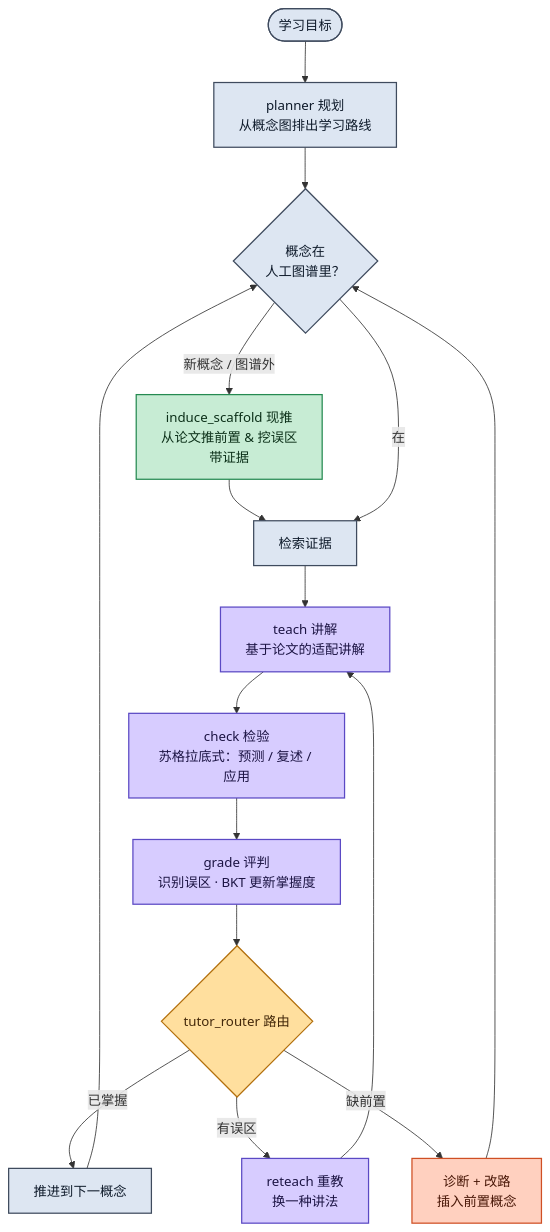
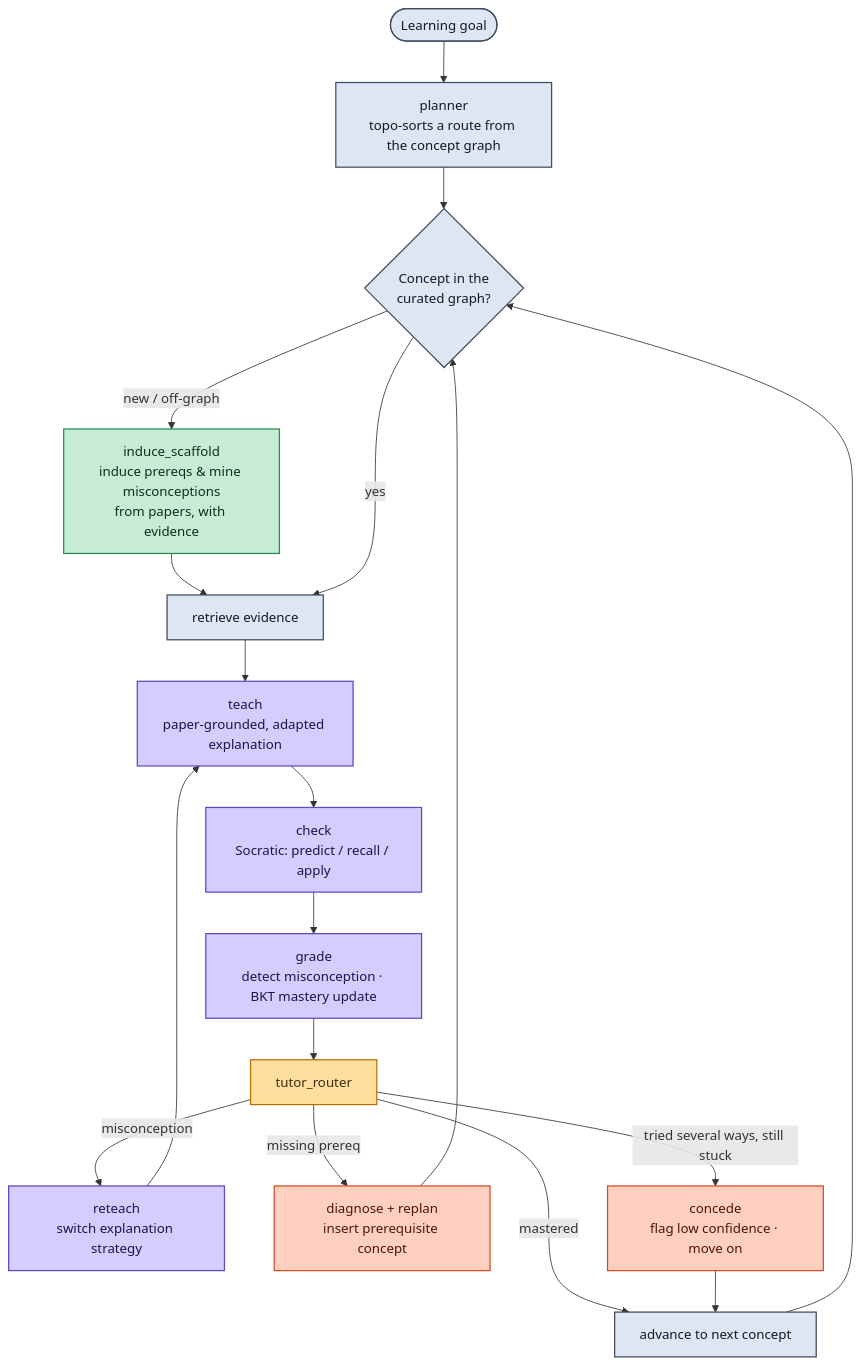
Before and after one commit to The-Architect-3906/LitNavigator: the diagram in README.md, drawn with Mermaid. The commit also changed other lines of this file and 1 other file, not shown here.

First line of the commit message:
Add v5 build spec and switch latest plan + README to English

````diff
--- a/README.md
+++ b/README.md
@@ -67,29 +67,31 @@
 ```mermaid
 flowchart TD
-    A([学习目标]) --> P[planner 规划<br/>从概念图排出学习路线]
-    P --> S{概念在<br/>人工图谱里？}
-    S -->|新概念 / 图谱外| I[induce_scaffold 现推<br/>从论文推前置 & 挖误区<br/>带证据]
+    A([Learning goal]) --> P[planner<br/>topo-sorts a route from the concept graph]
+    P --> S{Concept in the<br/>curated graph?}
+    S -->|new / off-graph| I[induce_scaffold<br/>induce prereqs & mine misconceptions<br/>from papers, with evidence]
     I --> R
-    S -->|在| R[检索证据]
-    R --> T[teach 讲解<br/>基于论文的适配讲解]
-    T --> C[check 检验<br/>苏格拉底式：预测 / 复述 / 应用]
-    C --> G[grade 评判<br/>识别误区 · BKT 更新掌握度]
-    G --> RT{tutor_router 路由}
-    RT -->|已掌握| ADV[推进到下一概念]
-    RT -->|有误区| RE[reteach 重教<br/>换一种讲法]
+    S -->|yes| R[retrieve evidence]
+    R --> T[teach<br/>paper-grounded, adapted explanation]
+    T --> C[check<br/>Socratic: predict / recall / apply]
+    C --> G[grade<br/>detect misconception · BKT mastery update]
+    G --> RT[tutor_router]
+    RT -->|mastered| ADV[advance to next concept]
+    RT -->|misconception| RE[reteach<br/>switch explanation strategy]
     RE --> T
-    RT -->|缺前置| DG[诊断 + 改路<br/>插入前置概念]
+    RT -->|missing prereq| DG[diagnose + replan<br/>insert prerequisite concept]
+    RT -->|tried several ways, still stuck| CC[concede<br/>flag low confidence · move on]
+    CC --> ADV
     DG --> S
     ADV --> S
 
     classDef base fill:#dde6f2,stroke:#3f4b5e,color:#0f1b2b,stroke-width:1.5px;
     classDef teach fill:#d7ccff,stroke:#5b49c4,color:#1c1444,stroke-width:1.5px;
     classDef route fill:#ffdf9e,stroke:#b3700d,color:#43280a,stroke-width:1.5px;
     classDef induce fill:#c7ecd4,stroke:#258a51,color:#0c3019,stroke-width:1.5px;
     classDef gap fill:#ffd0bf,stroke:#cf4f24,color:#481606,stroke-width:1.5px;
     class A,P,S,R,ADV base;
     class T,C,G,RE teach;
     class RT route;
     class I induce;
-    class DG gap;
+    class DG,CC gap;
 ```
````
